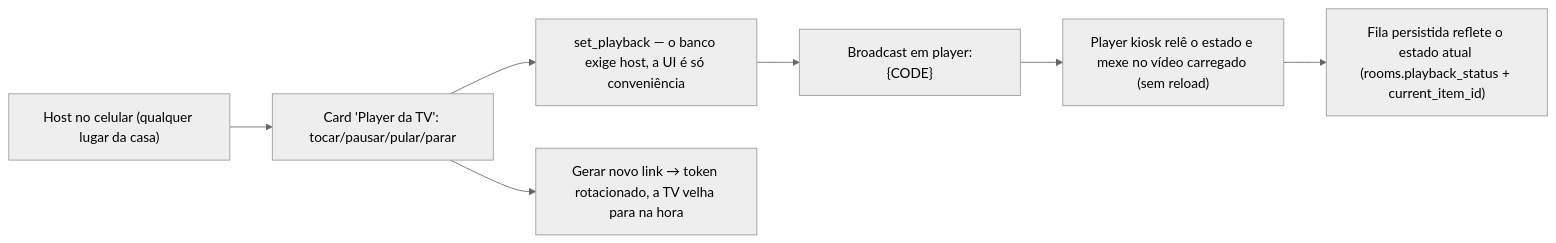
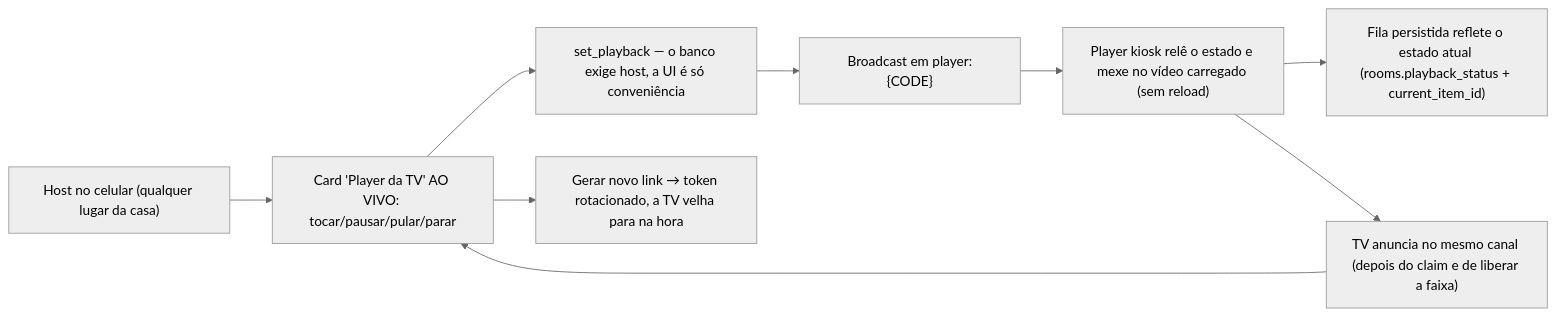
The seventh of 7 diagrams in docs/flows/fluxos-do-usuario.md (cavalcanteprofissional/karaoke-flow), drawn with Mermaid (neutral theme) before and after one commit. The commit also changed other lines of this file and 3 other files, not shown here.

````diff
--- a/docs/flows/fluxos-do-usuario.md
+++ b/docs/flows/fluxos-do-usuario.md
@@ -186,9 +194,11 @@
 ```mermaid
 flowchart LR
-    A["Host no celular (qualquer lugar da casa)"] --> B["Card 'Player da TV': tocar/pausar/pular/parar"]
+    A["Host no celular (qualquer lugar da casa)"] --> B["Card 'Player da TV' AO VIVO: tocar/pausar/pular/parar"]
     B --> C["set_playback — o banco exige host, a UI é só conveniência"]
     C --> D["Broadcast em player:{CODE}"]
     D --> E["Player kiosk relê o estado e mexe no vídeo carregado (sem reload)"]
     E --> F["Fila persistida reflete o estado atual (rooms.playback_status + current_item_id)"]
     B --> G["Gerar novo link → token rotacionado, a TV velha para na hora"]
+    E --> H["TV anuncia no mesmo canal (depois do claim e de liberar a faixa)"]
+    H --> B
 ```
````
